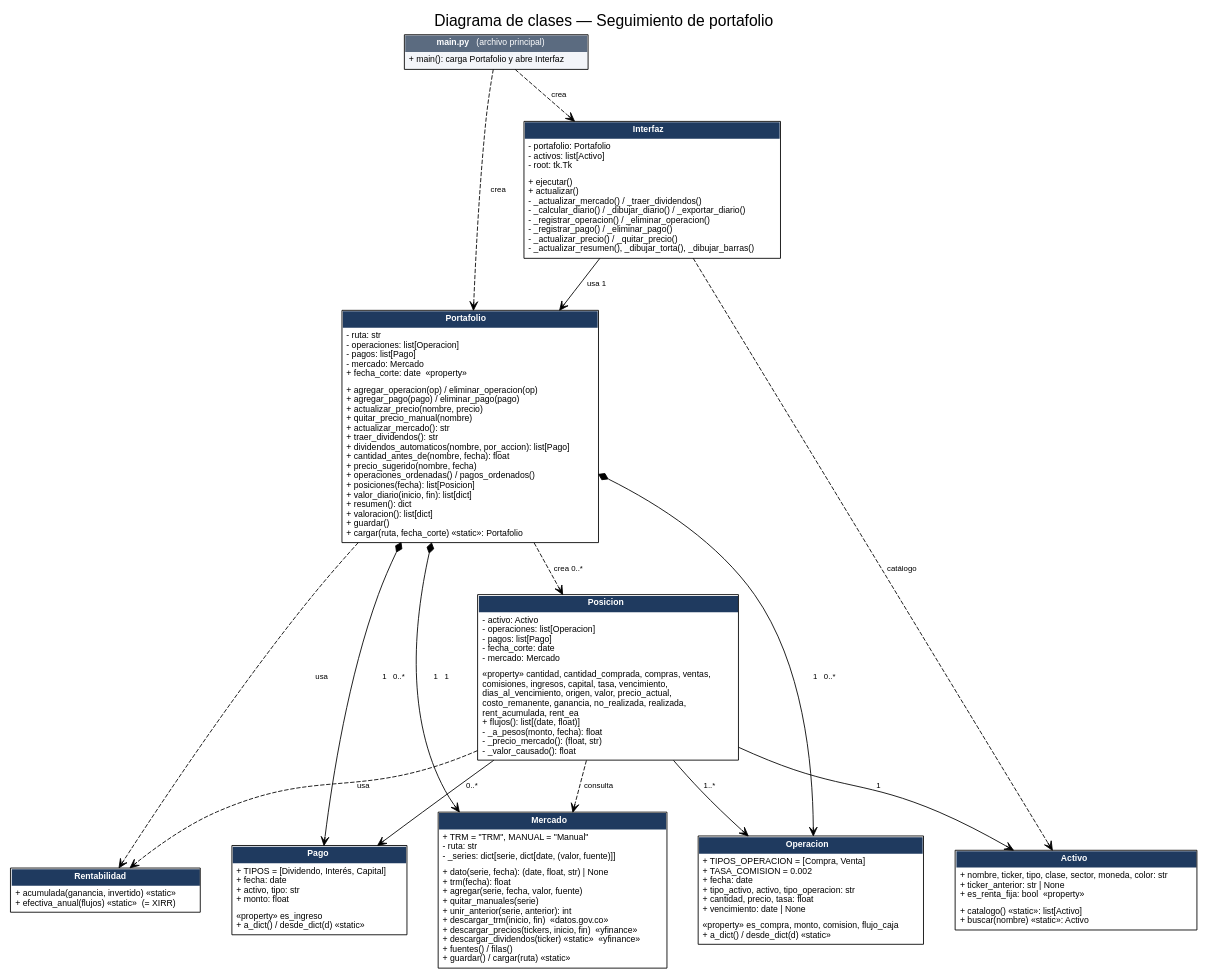
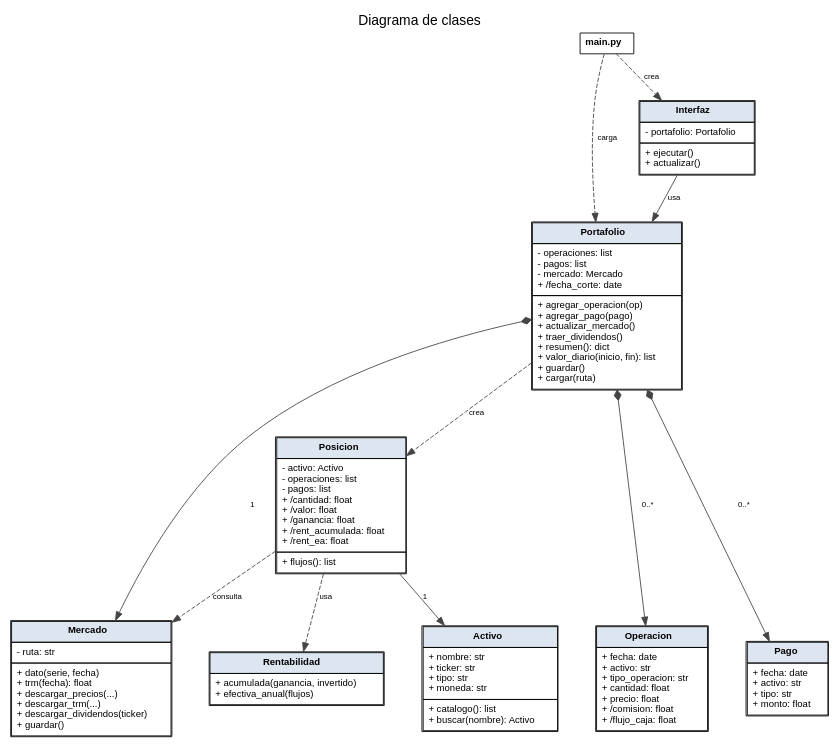
One commit to N-um/Portafolio-de-inversion. changed the diagram in docs/uml_clases.dot. Above: the diagram before and after it, drawn with Graphviz. The commit also changed 2 other files, not shown here.

Commit message:
Readme actualizado junto con el UML

```diff
--- a/docs/uml_clases.dot
+++ b/docs/uml_clases.dot
@@ -1,64 +1,58 @@
 digraph UML {
-  graph [rankdir=TB, fontname="Helvetica", nodesep=0.5, ranksep=0.7, label="Diagrama de clases — Seguimiento de portafolio", labelloc=t, fontsize=18];
-  node  [shape=plain, fontname="Helvetica", fontsize=10];
-  edge  [fontname="Helvetica", fontsize=9];
+  graph [rankdir=TB, fontname="Helvetica", nodesep=0.6, ranksep=0.6, label="Diagrama de clases", labelloc=t, fontsize=16];
+  node  [shape=plain, fontname="Helvetica", fontsize=11];
+  edge  [fontname="Helvetica", fontsize=9, color="#444444"];
 
-  main [label=<<table border="1" cellborder="0" cellspacing="0" cellpadding="4" bgcolor="#F3F5F9">
-    <tr><td bgcolor="#5B6B80"><font color="white"><b>main.py</b> (archivo principal)</font></td></tr>
-    <tr><td align="left" balign="left">+ main(): carga Portafolio y abre Interfaz</td></tr></table>>];
+  main [label=<<table border="1" cellborder="0" cellspacing="0" cellpadding="5">
+    <tr><td><b>main.py</b></td></tr></table>>];
 
-  Interfaz [label=<<table border="1" cellborder="0" cellspacing="0" cellpadding="4">
-    <tr><td bgcolor="#1F3A5F"><font color="white"><b>Interfaz</b></font></td></tr>
-    <tr><td align="left" balign="left">- portafolio: Portafolio<br align="left"/>- activos: list[Activo]<br align="left"/>- root: tk.Tk</td></tr>
-    <tr><td align="left" balign="left">+ ejecutar()<br align="left"/>+ actualizar()<br align="left"/>- _actualizar_mercado() / _traer_dividendos()<br align="left"/>- _calcular_diario() / _dibujar_diario() / _exportar_diario()<br align="left"/>- _registrar_operacion() / _eliminar_operacion()<br align="left"/>- _registrar_pago() / _eliminar_pago()<br align="left"/>- _actualizar_precio() / _quitar_precio()<br align="left"/>- _actualizar_resumen(), _dibujar_torta(), _dibujar_barras()</td></tr></table>>];
+  Interfaz [label=<<table border="1" cellborder="1" cellspacing="0" cellpadding="5">
+    <tr><td bgcolor="#DDE6F0"><b>Interfaz</b></td></tr>
+    <tr><td align="left" balign="left">- portafolio: Portafolio</td></tr>
+    <tr><td align="left" balign="left">+ ejecutar()<br/>+ actualizar()</td></tr></table>>];
 
-  Portafolio [label=<<table border="1" cellborder="0" cellspacing="0" cellpadding="4">
-    <tr><td bgcolor="#1F3A5F"><font color="white"><b>Portafolio</b></font></td></tr>
-    <tr><td align="left" balign="left">- ruta: str<br align="left"/>- operaciones: list[Operacion]<br align="left"/>- pagos: list[Pago]<br align="left"/>- mercado: Mercado<br align="left"/>+ fecha_corte: date  «property»</td></tr>
-    <tr><td align="left" balign="left">+ agregar_operacion(op) / eliminar_operacion(op)<br align="left"/>+ agregar_pago(pago) / eliminar_pago(pago)<br align="left"/>+ actualizar_precio(nombre, precio)<br align="left"/>+ quitar_precio_manual(nombre)<br align="left"/>+ actualizar_mercado(): str<br align="left"/>+ traer_dividendos(): str<br align="left"/>+ dividendos_automaticos(nombre, por_accion): list[Pago]<br align="left"/>+ cantidad_antes_de(nombre, fecha): float<br align="left"/>+ precio_sugerido(nombre, fecha)<br align="left"/>+ operaciones_ordenadas() / pagos_ordenados()<br align="left"/>+ posiciones(fecha): list[Posicion]<br align="left"/>+ valor_diario(inicio, fin): list[dict]<br align="left"/>+ resumen(): dict<br align="left"/>+ valoracion(): list[dict]<br align="left"/>+ guardar()<br align="left"/>+ cargar(ruta, fecha_corte) «static»: Portafolio</td></tr></table>>];
+  Portafolio [label=<<table border="1" cellborder="1" cellspacing="0" cellpadding="5">
+    <tr><td bgcolor="#DDE6F0"><b>Portafolio</b></td></tr>
+    <tr><td align="left" balign="left">- operaciones: list<br/>- pagos: list<br/>- mercado: Mercado<br/>+ /fecha_corte: date</td></tr>
+    <tr><td align="left" balign="left">+ agregar_operacion(op)<br/>+ agregar_pago(pago)<br/>+ actualizar_mercado()<br/>+ traer_dividendos()<br/>+ resumen(): dict<br/>+ valor_diario(inicio, fin): list<br/>+ guardar()<br/>+ cargar(ruta)</td></tr></table>>];
 
-  Posicion [label=<<table border="1" cellborder="0" cellspacing="0" cellpadding="4">
-    <tr><td bgcolor="#1F3A5F"><font color="white"><b>Posicion</b></font></td></tr>
-    <tr><td align="left" balign="left">- activo: Activo<br align="left"/>- operaciones: list[Operacion]<br align="left"/>- pagos: list[Pago]<br align="left"/>- fecha_corte: date<br align="left"/>- mercado: Mercado</td></tr>
-    <tr><td align="left" balign="left">«property» cantidad, cantidad_comprada, compras, ventas,<br align="left"/>comisiones, ingresos, capital, tasa, vencimiento,<br align="left"/>dias_al_vencimiento, origen, valor, precio_actual,<br align="left"/>costo_remanente, ganancia, no_realizada, realizada,<br align="left"/>rent_acumulada, rent_ea<br align="left"/>+ flujos(): list[(date, float)]<br align="left"/>- _a_pesos(monto, fecha): float<br align="left"/>- _precio_mercado(): (float, str)<br align="left"/>- _valor_causado(): float</td></tr></table>>];
+  Posicion [label=<<table border="1" cellborder="1" cellspacing="0" cellpadding="5">
+    <tr><td bgcolor="#DDE6F0"><b>Posicion</b></td></tr>
+    <tr><td align="left" balign="left">- activo: Activo<br/>- operaciones: list<br/>- pagos: list<br/>+ /cantidad: float<br/>+ /valor: float<br/>+ /ganancia: float<br/>+ /rent_acumulada: float<br/>+ /rent_ea: float</td></tr>
+    <tr><td align="left" balign="left">+ flujos(): list</td></tr></table>>];
 
-  Rentabilidad [label=<<table border="1" cellborder="0" cellspacing="0" cellpadding="4">
-    <tr><td bgcolor="#1F3A5F"><font color="white"><b>Rentabilidad</b></font></td></tr>
-    <tr><td align="left" balign="left">+ acumulada(ganancia, invertido) «static»<br align="left"/>+ efectiva_anual(flujos) «static»  (= XIRR)</td></tr></table>>];
+  Mercado [label=<<table border="1" cellborder="1" cellspacing="0" cellpadding="5">
+    <tr><td bgcolor="#DDE6F0"><b>Mercado</b></td></tr>
+    <tr><td align="left" balign="left">- ruta: str</td></tr>
+    <tr><td align="left" balign="left">+ dato(serie, fecha)<br/>+ trm(fecha): float<br/>+ descargar_precios(...)<br/>+ descargar_trm(...)<br/>+ descargar_dividendos(ticker)<br/>+ guardar()</td></tr></table>>];
 
-  Activo [label=<<table border="1" cellborder="0" cellspacing="0" cellpadding="4">
-    <tr><td bgcolor="#1F3A5F"><font color="white"><b>Activo</b></font></td></tr>
-    <tr><td align="left" balign="left">+ nombre, ticker, tipo, clase, sector, moneda, color: str<br align="left"/>+ ticker_anterior: str | None<br align="left"/>+ es_renta_fija: bool  «property»</td></tr>
-    <tr><td align="left" balign="left">+ catalogo() «static»: list[Activo]<br align="left"/>+ buscar(nombre) «static»: Activo</td></tr></table>>];
+  Rentabilidad [label=<<table border="1" cellborder="1" cellspacing="0" cellpadding="5">
+    <tr><td bgcolor="#DDE6F0"><b>Rentabilidad</b></td></tr>
+    <tr><td align="left" balign="left">+ acumulada(ganancia, invertido)<br/>+ efectiva_anual(flujos)</td></tr></table>>];
 
-  Operacion [label=<<table border="1" cellborder="0" cellspacing="0" cellpadding="4">
-    <tr><td bgcolor="#1F3A5F"><font color="white"><b>Operacion</b></font></td></tr>
-    <tr><td align="left" balign="left">+ TIPOS_OPERACION = [Compra, Venta]<br align="left"/>+ TASA_COMISION = 0.002<br align="left"/>+ fecha: date<br align="left"/>+ tipo_activo, activo, tipo_operacion: str<br align="left"/>+ cantidad, precio, tasa: float<br align="left"/>+ vencimiento: date | None</td></tr>
-    <tr><td align="left" balign="left">«property» es_compra, monto, comision, flujo_caja<br align="left"/>+ a_dict() / desde_dict(d) «static»</td></tr></table>>];
+  Activo [label=<<table border="1" cellborder="1" cellspacing="0" cellpadding="5">
+    <tr><td bgcolor="#DDE6F0"><b>Activo</b></td></tr>
+    <tr><td align="left" balign="left">+ nombre: str<br/>+ ticker: str<br/>+ tipo: str<br/>+ moneda: str</td></tr>
+    <tr><td align="left" balign="left">+ catalogo(): list<br/>+ buscar(nombre): Activo</td></tr></table>>];
 
-  Pago [label=<<table border="1" cellborder="0" cellspacing="0" cellpadding="4">
-    <tr><td bgcolor="#1F3A5F"><font color="white"><b>Pago</b></font></td></tr>
-    <tr><td align="left" balign="left">+ TIPOS = [Dividendo, Interés, Capital]<br align="left"/>+ fecha: date<br align="left"/>+ activo, tipo: str<br align="left"/>+ monto: float</td></tr>
-    <tr><td align="left" balign="left">«property» es_ingreso<br align="left"/>+ a_dict() / desde_dict(d) «static»</td></tr></table>>];
+  Operacion [label=<<table border="1" cellborder="1" cellspacing="0" cellpadding="5">
+    <tr><td bgcolor="#DDE6F0"><b>Operacion</b></td></tr>
+    <tr><td align="left" balign="left">+ fecha: date<br/>+ activo: str<br/>+ tipo_operacion: str<br/>+ cantidad: float<br/>+ precio: float<br/>+ /comision: float<br/>+ /flujo_caja: float</td></tr></table>>];
 
-  Mercado [label=<<table border="1" cellborder="0" cellspacing="0" cellpadding="4">
-    <tr><td bgcolor="#1F3A5F"><font color="white"><b>Mercado</b></font></td></tr>
-    <tr><td align="left" balign="left">+ TRM = "TRM", MANUAL = "Manual"<br align="left"/>- ruta: str<br align="left"/>- _series: dict[serie, dict[date, (valor, fuente)]]</td></tr>
-    <tr><td align="left" balign="left">+ dato(serie, fecha): (date, float, str) | None<br align="left"/>+ trm(fecha): float<br align="left"/>+ agregar(serie, fecha, valor, fuente)<br align="left"/>+ quitar_manuales(serie)<br align="left"/>+ unir_anterior(serie, anterior): int<br align="left"/>+ descargar_trm(inicio, fin)  «datos.gov.co»<br align="left"/>+ descargar_precios(tickers, inicio, fin)  «yfinance»<br align="left"/>+ descargar_dividendos(ticker) «static»  «yfinance»<br align="left"/>+ fuentes() / filas()<br align="left"/>+ guardar() / cargar(ruta) «static»</td></tr></table>>];
+  Pago [label=<<table border="1" cellborder="1" cellspacing="0" cellpadding="5">
+    <tr><td bgcolor="#DDE6F0"><b>Pago</b></td></tr>
+    <tr><td align="left" balign="left">+ fecha: date<br/>+ activo: str<br/>+ tipo: str<br/>+ monto: float</td></tr></table>>];
 
-  main -> Portafolio [label="  crea", style=dashed, arrowhead=vee];
-  main -> Interfaz [label="  crea", style=dashed, arrowhead=vee];
-  Interfaz -> Portafolio [label="  usa 1", arrowhead=vee];
-  Interfaz -> Activo [label=" catálogo", style=dashed, arrowhead=vee];
-  Portafolio -> Operacion [label=" 1   0..*", dir=both, arrowtail=diamond, arrowhead=vee];
-  Portafolio -> Pago [label=" 1   0..*", dir=both, arrowtail=diamond, arrowhead=vee];
-  Portafolio -> Posicion [label="  crea 0..*", style=dashed, arrowhead=vee];
-  Portafolio -> Mercado [label=" 1   1", dir=both, arrowtail=diamond, arrowhead=vee];
-  Posicion -> Mercado [label=" consulta", style=dashed, arrowhead=vee];
-  Posicion -> Activo [label=" 1", arrowhead=vee];
-  Posicion -> Operacion [label=" 1..*", arrowhead=vee];
-  Posicion -> Pago [label=" 0..*", arrowhead=vee];
-  Posicion -> Rentabilidad [label=" usa", style=dashed, arrowhead=vee];
-  Portafolio -> Rentabilidad [label=" usa", style=dashed, arrowhead=vee];
-  { rank=same; Operacion; Pago; Activo; }
+  main -> Interfaz [label=" crea", style=dashed];
+  main -> Portafolio [label=" carga", style=dashed];
+  Interfaz -> Portafolio [label=" usa"];
+  Portafolio -> Operacion [label=" 0..*", dir=both, arrowtail=diamond];
+  Portafolio -> Pago [label=" 0..*", dir=both, arrowtail=diamond];
+  Portafolio -> Mercado [label=" 1", dir=both, arrowtail=diamond];
+  Portafolio -> Posicion [label=" crea", style=dashed];
+  Posicion -> Activo [label=" 1"];
+  Posicion -> Rentabilidad [label=" usa", style=dashed];
+  Posicion -> Mercado [label=" consulta", style=dashed];
+  { rank=same; Operacion; Pago; Mercado; }
+  { rank=same; Activo; Rentabilidad; }
 }
```
